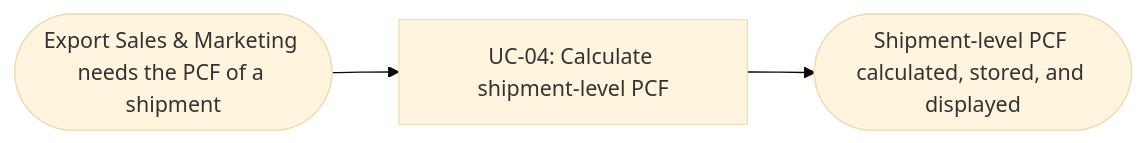
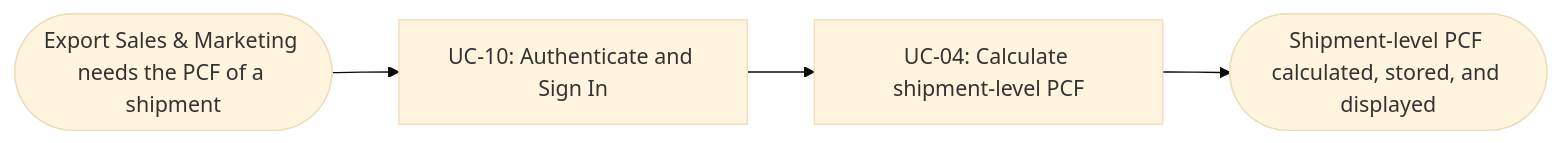
The seventh of 12 diagrams in docs/external-design/usage-flow.md (vankhanhnh-bag/HPDQ-CBAM-system), drawn with Mermaid (base theme) before and after one commit. The commit also changed other lines of this file, not shown here.

Commit message:
usage-flow.md

````diff
--- a/docs/external-design/usage-flow.md
+++ b/docs/external-design/usage-flow.md
@@ -124,7 +118,8 @@
 ```mermaid
 flowchart LR
   A(["Export Sales & Marketing needs the PCF of a shipment"])
-  U1["UC-04: Calculate shipment-level PCF"]
+  U1["UC-10: Authenticate and Sign In"]
+  U2["UC-04: Calculate shipment-level PCF"]
   Z(["Shipment-level PCF calculated, stored, and displayed"])
-  A --> U1 --> Z
+  A --> U1 --> U2 --> Z
 ```
````
